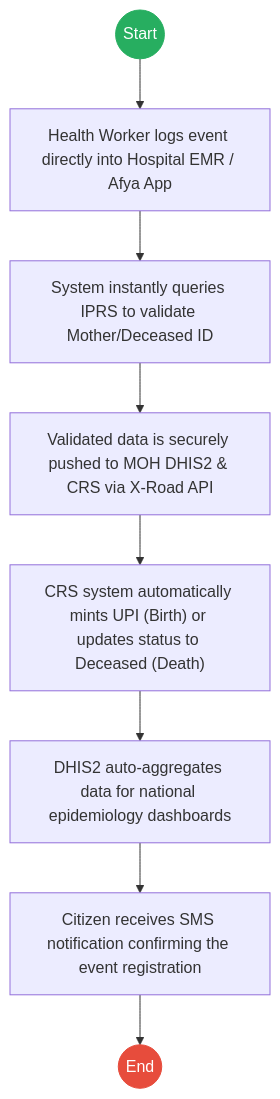
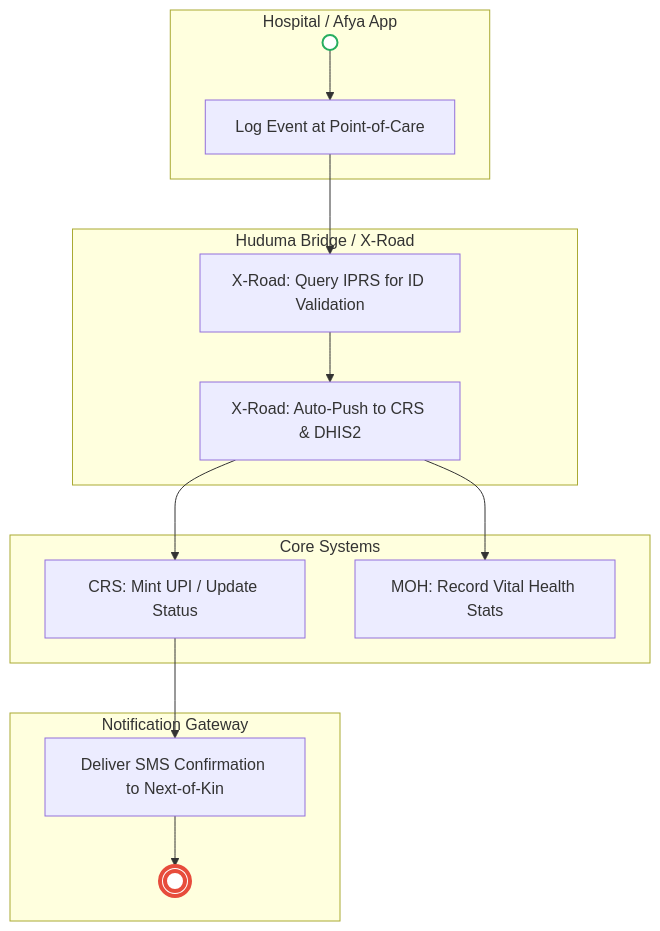
The second of 2 diagrams in mdas/docs_final/Ministry_of_Health___Service_Delivery.md (BITZ-IT-Consulting-LTD/ictapoc), drawn with Mermaid before and after one commit. The commit also changed other lines of this file and 13 other files, not shown here.

````diff
--- a/mdas/docs_final/Ministry_of_Health___Service_Delivery.md
+++ b/mdas/docs_final/Ministry_of_Health___Service_Delivery.md
@@ -92,15 +91,24 @@
 ```mermaid
-graph TD
-    Start((Start)) --> T1
-    T1["Health Worker logs event directly into Hospital EMR / Afya App"] --> T2
-    T2["System instantly queries IPRS to validate Mother/Deceased ID"] --> T3
-    T3["Validated data is securely pushed to MOH DHIS2 & CRS via X-Road API"] --> T4
-    T4["CRS system automatically mints UPI (Birth) or updates status to Deceased (Death)"] --> T5
-    T5["DHIS2 auto-aggregates data for national epidemiology dashboards"] --> T6
-    T6["Citizen receives SMS notification confirming the event registration"] --> End((End))
+flowchart TD
+    subgraph Hospital["Hospital / Afya App"]
+        Start(( )) --> T1[Log Event at Point-of-Care]
+    end
 
-    classDef start fill:#27ae60,stroke:#27ae60,color:#fff;
-    classDef endNode fill:#e74c3c,stroke:#e74c3c,color:#fff;
-    class Start start;
-    class End endNode;
+    subgraph Interop["Huduma Bridge / X-Road"]
+        T1 --> T2[X-Road: Query IPRS for ID Validation]
+        T2 --> T3[X-Road: Auto-Push to CRS & DHIS2]
+    end
+
+    subgraph Systems["Core Systems"]
+        T3 --> S1[CRS: Mint UPI / Update Status]
+        T3 --> S2[MOH: Record Vital Health Stats]
+    end
+
+    subgraph Notify["Notification Gateway"]
+        S1 --> N1[Deliver SMS Confirmation to Next-of-Kin]
+        N1 --> End((( )))
+    end
+
+    style Start fill:#fff,stroke:#27ae60,stroke-width:2px
+    style End fill:#fff,stroke:#e74c3c,stroke-width:4px
 ```
````
